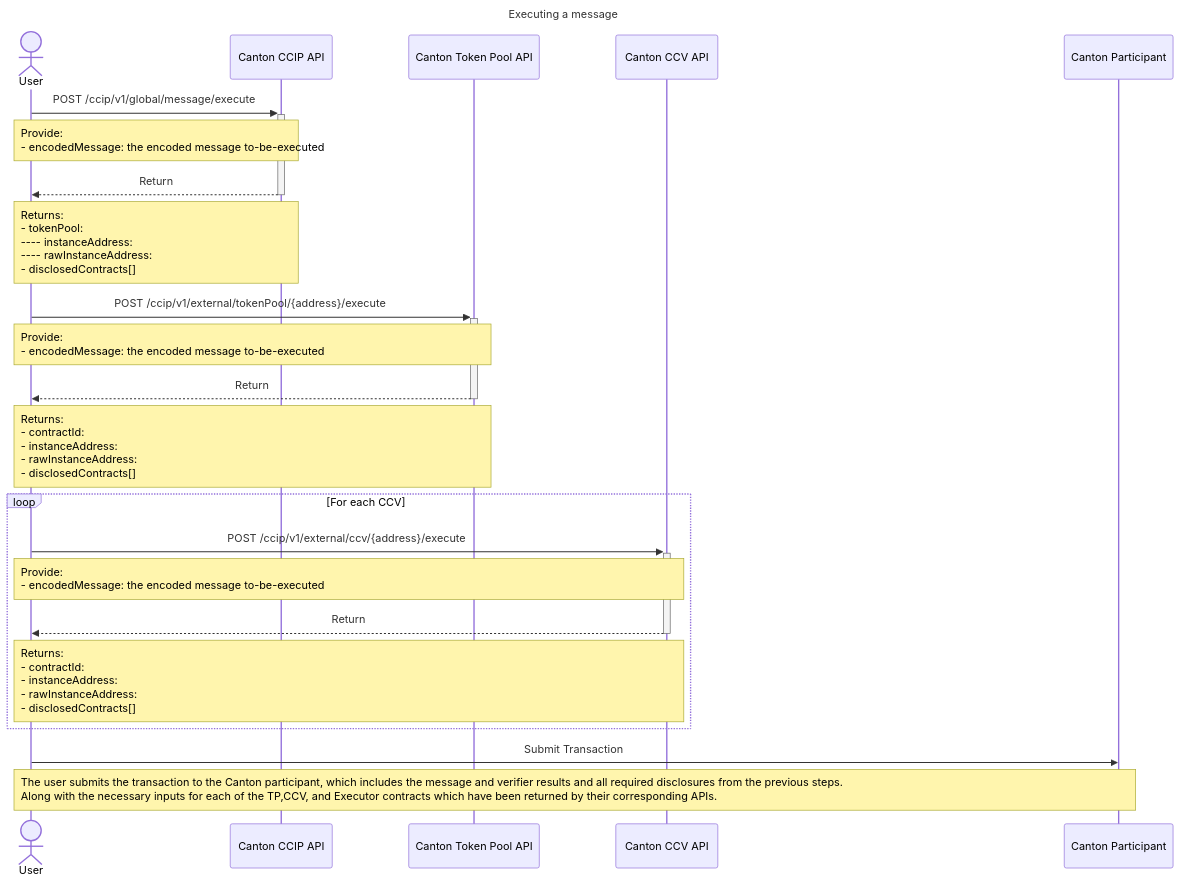
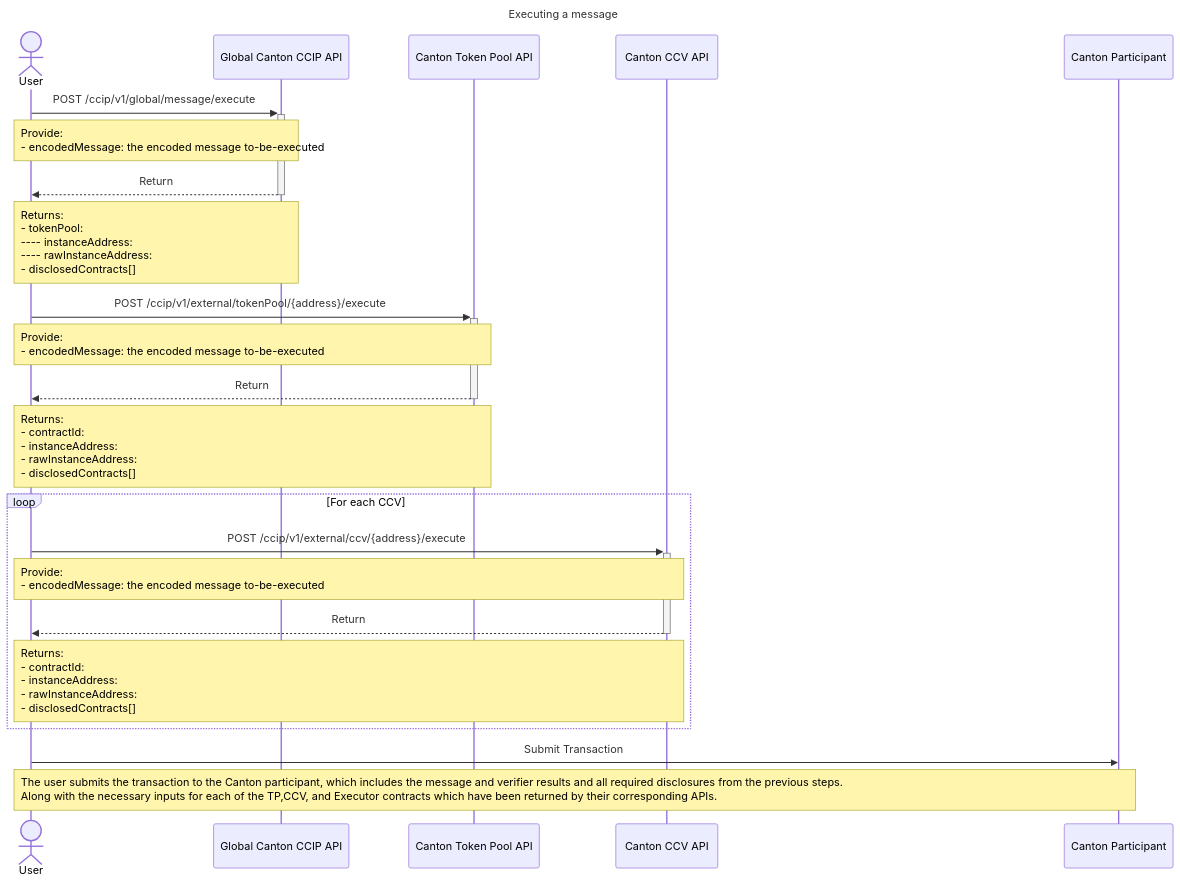
The second of 2 diagrams in openapi/src/eds/README.md (smartcontractkit/chainlink-canton), drawn with Mermaid before and after one commit. The commit also changed other lines of this file, not shown here.

````diff
--- a/openapi/src/eds/README.md
+++ b/openapi/src/eds/README.md
@@ -225,38 +225,38 @@
 ```mermaid
 ---
 title: Executing a message
 config:
     sequence:
         messageAlign: center
         noteAlign: left
         noteMargin: 10
 ---
 
 sequenceDiagram
     actor User
-    participant CCIP as Canton CCIP API
+    participant CCIP as Global Canton CCIP API
     participant TP as Canton Token Pool API
     participant CCV as Canton CCV API
     participant Canton as Canton Participant
 
     User ->>+ CCIP: POST /ccip/v1/global/message/execute
     note over User, CCIP: Provide: <br/> - encodedMessage: the encoded message to-be-executed
     CCIP -->>- User: Return
     note over User, CCIP: Returns: <br/> - tokenPool: <br/> ---- instanceAddress: <br/> ---- rawInstanceAddress: <br/> - disclosedContracts[]
 
     User ->>+ TP: POST /ccip/v1/external/tokenPool/{address}/execute
     note over User, TP: Provide: <br/> - encodedMessage: the encoded message to-be-executed
     TP -->>- User: Return
     note over User, TP: Returns: <br/> - contractId: <br/> - instanceAddress: <br/> - rawInstanceAddress: <br/> - disclosedContracts[]
 
     loop For each CCV
         User ->>+ CCV: POST /ccip/v1/external/ccv/{address}/execute
         note over User, CCV: Provide: <br/> - encodedMessage: the encoded message to-be-executed
         CCV -->>- User: Return
         note over User, CCV: Returns: <br/> - contractId: <br/> - instanceAddress: <br/> - rawInstanceAddress: <br/> - disclosedContracts[]
     end
 
     User ->> Canton: Submit Transaction
     note over User, Canton: The user submits the transaction to the Canton participant, which includes the message and verifier results and all required disclosures from the previous steps. <br/> Along with the necessary inputs for each of the TP,CCV, and Executor contracts which have been returned by their corresponding APIs.
 
 ```
````
